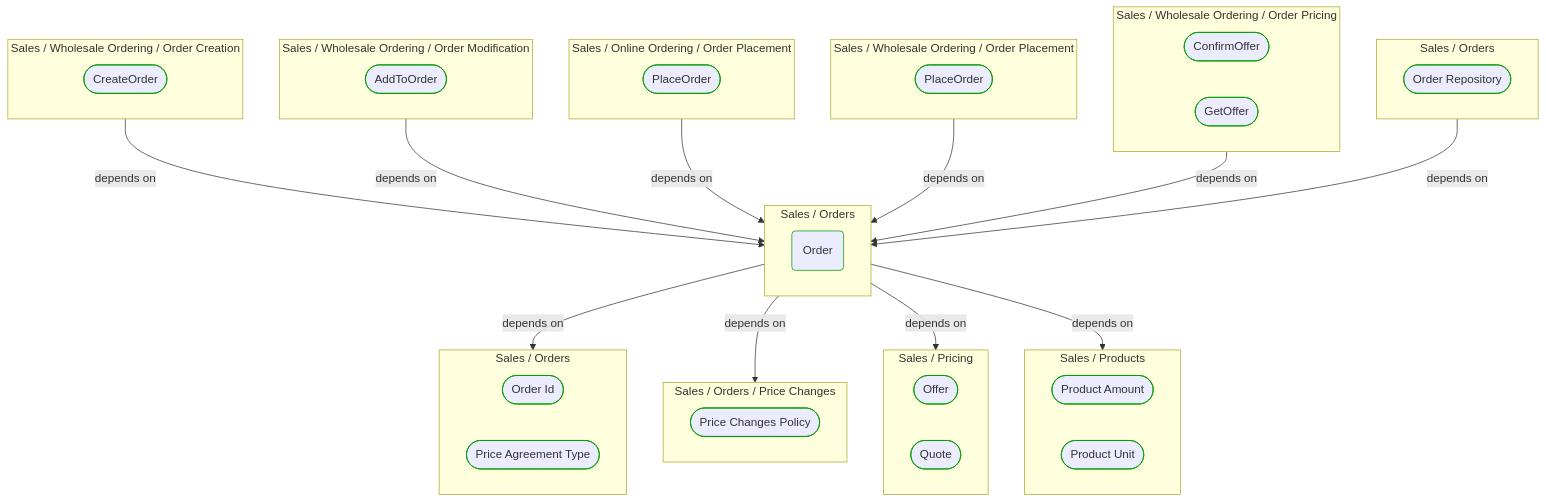
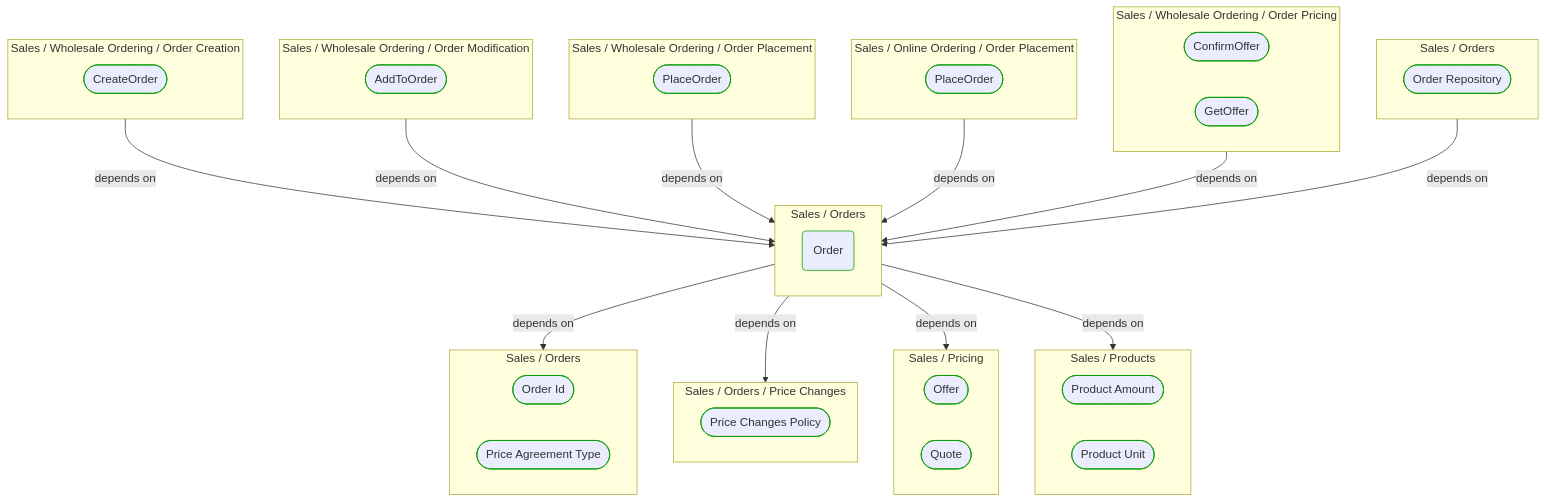
Before and after one commit to itlibrium/DDD-starter-dotnet: the first of 2 diagrams in Docs/P3/MermaidOutput/Domain/Concepts/Sales/Orders/Order.md, drawn with Mermaid. The commit also changed 7 other files, not shown here.

````diff
--- a/Docs/P3/MermaidOutput/Domain/Concepts/Sales/Orders/Order.md
+++ b/Docs/P3/MermaidOutput/Domain/Concepts/Sales/Orders/Order.md
@@ -20,68 +20,68 @@
 ```mermaid
   flowchart TB
     subgraph 0["Sales / Wholesale Ordering / Order Creation"]
       1([CreateOrder])
       class 1 DomainPerspective
     end
     subgraph 2["Sales / Wholesale Ordering / Order Modification"]
       3([AddToOrder])
       class 3 DomainPerspective
     end
-    subgraph 4["Sales / Online Ordering / Order Placement"]
+    subgraph 4["Sales / Wholesale Ordering / Order Placement"]
       5([PlaceOrder])
       class 5 DomainPerspective
     end
-    subgraph 6["Sales / Wholesale Ordering / Order Placement"]
+    subgraph 6["Sales / Online Ordering / Order Placement"]
       7([PlaceOrder])
       class 7 DomainPerspective
     end
     subgraph 8["Sales / Wholesale Ordering / Order Pricing"]
       9([ConfirmOffer])
       class 9 DomainPerspective
       10([GetOffer])
       class 10 DomainPerspective
     end
     subgraph 11["Sales / Orders"]
       12([Order Repository])
       class 12 DomainPerspective
     end
     subgraph 13["Sales / Orders"]
       14(Order)
       class 14 DomainPerspective
     end
     subgraph 15["Sales / Orders"]
       16([Order Id])
       class 16 DomainPerspective
       17([Price Agreement Type])
       class 17 DomainPerspective
     end
     subgraph 18["Sales / Orders / Price Changes"]
       19([Price Changes Policy])
       class 19 DomainPerspective
     end
     subgraph 20["Sales / Pricing"]
       21([Offer])
       class 21 DomainPerspective
       22([Quote])
       class 22 DomainPerspective
     end
     subgraph 23["Sales / Products"]
       24([Product Amount])
       class 24 DomainPerspective
       25([Product Unit])
       class 25 DomainPerspective
     end
     0-->|depends on|13
     2-->|depends on|13
     4-->|depends on|13
     6-->|depends on|13
     8-->|depends on|13
     11-->|depends on|13
     13-->|depends on|15
     13-->|depends on|18
     13-->|depends on|20
     13-->|depends on|23
     classDef DomainPerspective stroke:#009900
     classDef TechnologyPerspective stroke:#1F41EB
     classDef PeoplePerspective stroke:#FFF014
 ```
````
